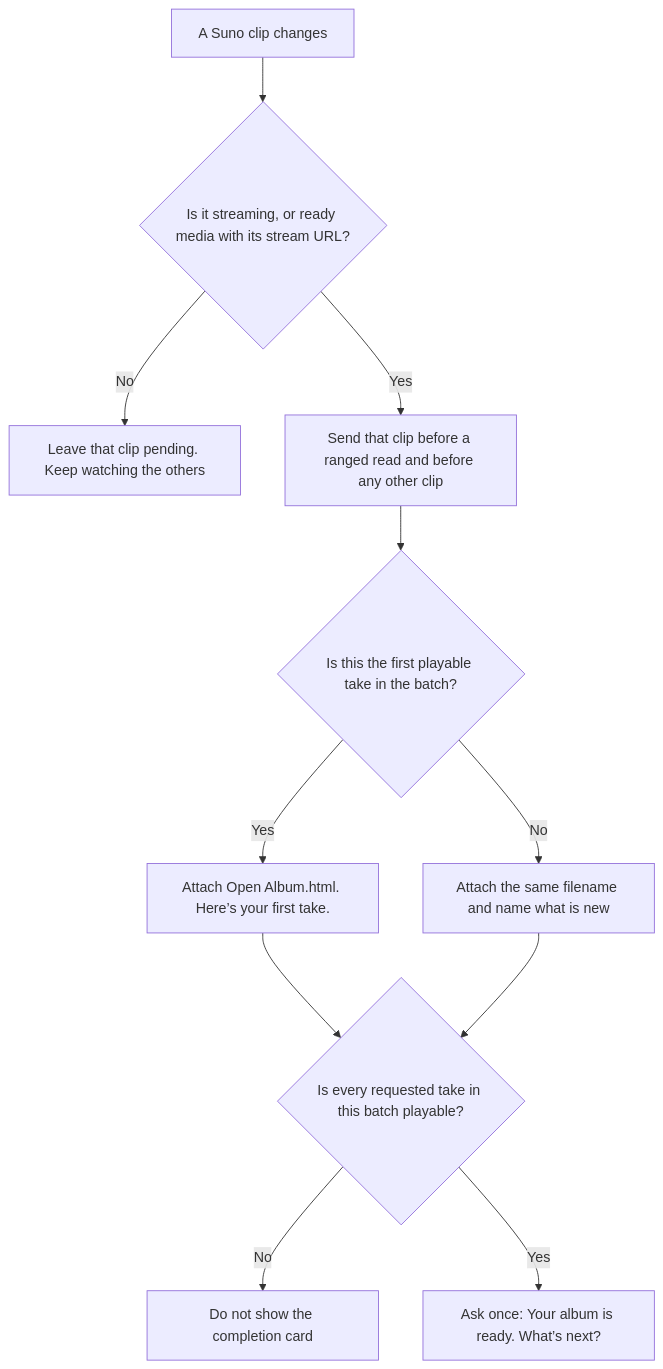
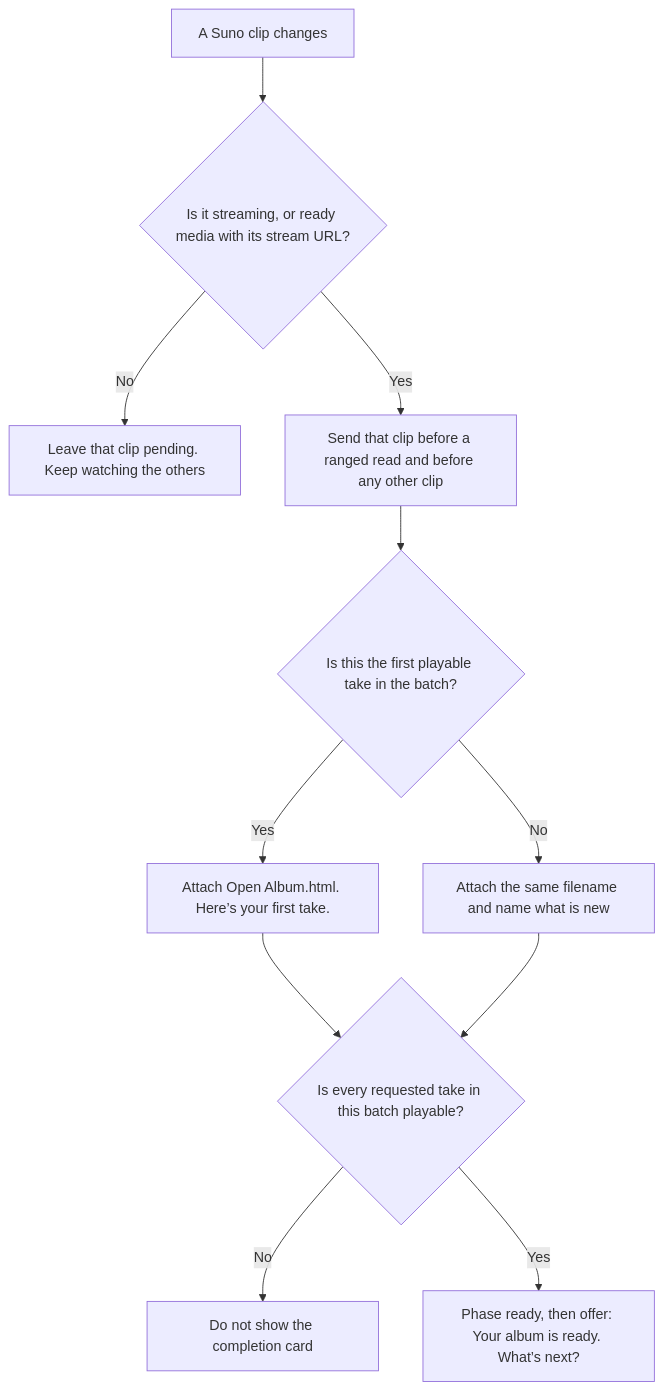
One commit to sashakhad/album-kit changed the fourth of 6 diagrams in docs/decision-charts.md. Above: the diagram before and after it, drawn with Mermaid. The commit also changed other lines of this file and 4 other files, not shown here.

````diff
--- a/docs/decision-charts.md
+++ b/docs/decision-charts.md
@@ -81,13 +81,13 @@
 ```mermaid
 flowchart TD
   clip["A Suno clip changes"] --> ready{"Is it streaming, or ready media with its stream URL?"}
   ready -->|No| wait["Leave that clip pending. Keep watching the others"]
   ready -->|Yes| record["Send that clip before a ranged read and before any other clip"]
   record --> first{"Is this the first playable take in the batch?"}
   first -->|Yes| sendFirst["Attach Open Album.html. Here’s your first take."]
   first -->|No| sendMore["Attach the same filename and name what is new"]
   sendFirst --> done{"Is every requested take in this batch playable?"}
   sendMore --> done
   done -->|No| watch["Do not show the completion card"]
-  done -->|Yes| card["Ask once: Your album is ready. What’s next?"]
+  done -->|Yes| card["Phase ready, then offer: Your album is ready. What’s next?"]
 ```
````
